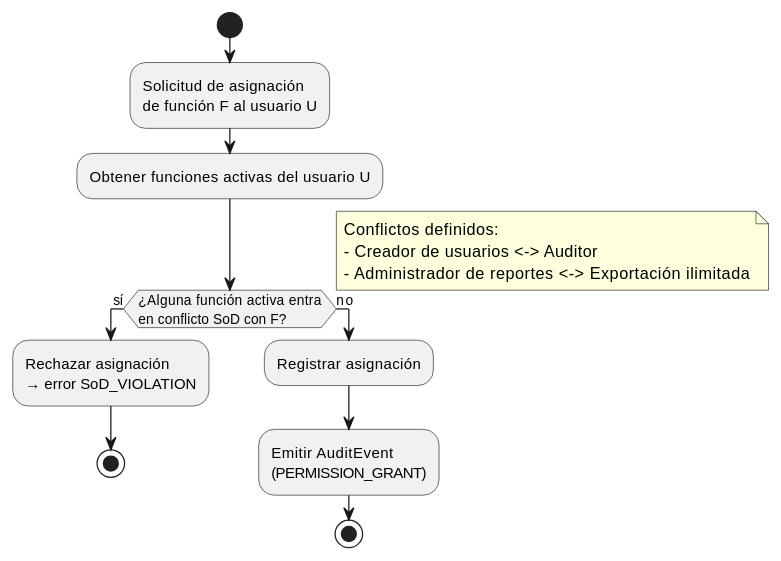
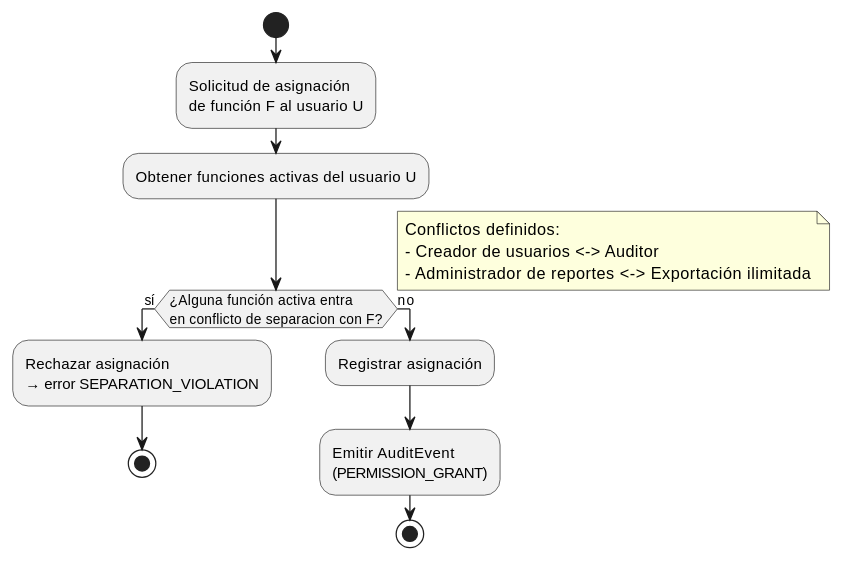
One commit to jcg-admin/IACT-docs changed the diagram in source/arquitectura-tecnica/modulos/rbac-core/diagramas/evaluacion-conflicto-separacion.rst. Above: the diagram before and after it, drawn with PlantUML. The commit also changed other lines of this file and 32 other files, not shown here.

```diff
--- a/source/arquitectura-tecnica/modulos/rbac-core/diagramas/evaluacion-conflicto-separacion.rst
+++ b/source/arquitectura-tecnica/modulos/rbac-core/diagramas/evaluacion-conflicto-separacion.rst
@@ -19,27 +19,27 @@
 .. uml::
- :caption: Evaluación de conflicto SoD — antes de activar cualquier asignación.
+ :caption: Evaluación de conflicto de separacion — antes de activar cualquier asignación.
 
  @startuml
 
  start
 
  :Solicitud de asignación\nde función F al usuario U;
 
  :Obtener funciones activas del usuario U;
 
- if (¿Alguna función activa entra\nen conflicto SoD con F?) then (sí)
-   :Rechazar asignación\n→ error SoD_VIOLATION;
+ if (¿Alguna función activa entra\nen conflicto de separacion con F?) then (sí)
+   :Rechazar asignación\n→ error SEPARATION_VIOLATION;
    stop
  else (no)
    :Registrar asignación;
    :Emitir AuditEvent\n(PERMISSION_GRANT);
    stop
  endif
 
  note right
    Conflictos definidos:
    - Creador de usuarios <-> Auditor
    - Administrador de reportes <-> Exportación ilimitada
  end note
 
  @enduml
```
